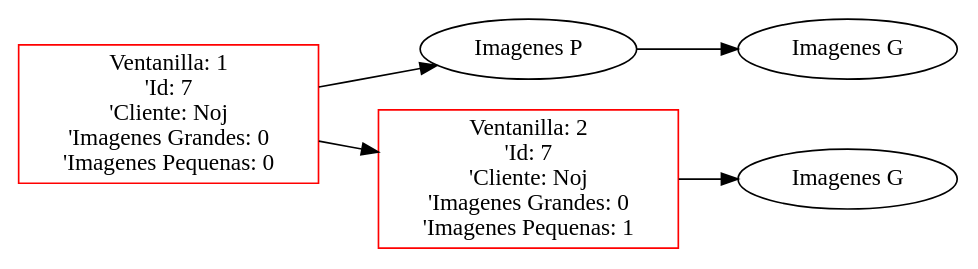
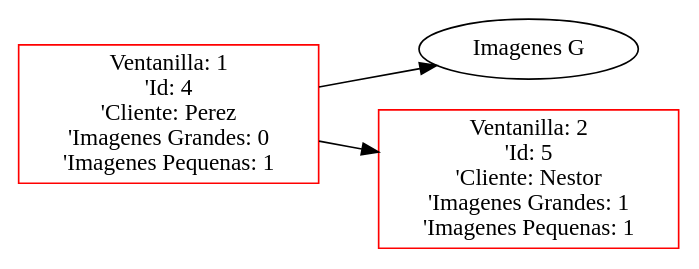
The diagram in Proyecto1/Proyecto1_202200089/Main/Ventanilla.dot (FranklinONP/EDD_PROYECTO_202200089), drawn with Graphviz before and after one commit. The commit also changed 15 other files, not shown here.

```diff
--- a/Proyecto1/Proyecto1_202200089/Main/Ventanilla.dot
+++ b/Proyecto1/Proyecto1_202200089/Main/Ventanilla.dot
@@ -1,12 +1,8 @@
  digraph G {
  rankdir=LR;
- node0 [label="Ventanilla: 1\n'Id: 7\n'Cliente: Noj\n'Imagenes Grandes: 0\n'Imagenes Pequenas: 0", color="red", shape="rectangle"];
- element00 [label="Imagenes P", shape="ellipse"];
+ node0 [label="Ventanilla: 1\n'Id: 4\n'Cliente: Perez\n'Imagenes Grandes: 0\n'Imagenes Pequenas: 1", color="red", shape="rectangle"];
+ element00 [label="Imagenes G", shape="ellipse"];
  node0 -> element00 [dir="forward"];
- element00 -> element01 [dir="forward"];
- element01 [label="Imagenes G", shape="ellipse"];
- node1 [label="Ventanilla: 2\n'Id: 7\n'Cliente: Noj\n'Imagenes Grandes: 0\n'Imagenes Pequenas: 1", color="red", shape="rectangle"];
- element10 [label="Imagenes G", shape="ellipse"];
- node1 -> element10 [dir="forward"];
+ node1 [label="Ventanilla: 2\n'Id: 5\n'Cliente: Nestor\n'Imagenes Grandes: 1\n'Imagenes Pequenas: 1", color="red", shape="rectangle"];
  node0 -> node1 [dir="forward"];
  }
```
